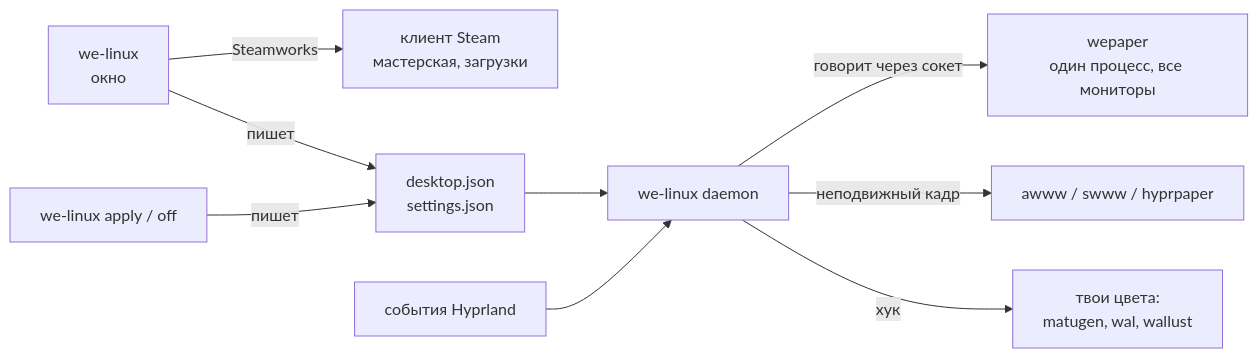
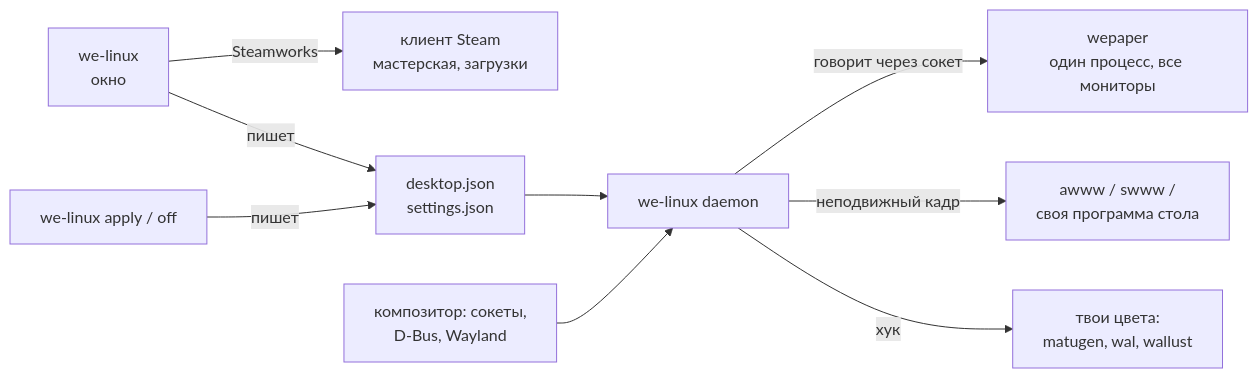
One commit to MoonTiwzy/we-linux changed the diagram in README.ru.md. Above: the diagram before and after it, drawn with Mermaid. The commit also changed other lines of this file and 51 other files, not shown here.

````diff
--- a/README.ru.md
+++ b/README.ru.md
@@ -263,11 +310,11 @@
 ```mermaid
 flowchart LR
     W["we-linux<br>окно"] -- Steamworks --> S["клиент Steam<br>мастерская, загрузки"]
     W -- пишет --> F["desktop.json<br>settings.json"]
     C["we-linux apply / off"] -- пишет --> F
     F --> D["we-linux daemon"]
-    H["события Hyprland"] --> D
+    H["композитор: сокеты,<br>D-Bus, Wayland"] --> D
     D -- "говорит через сокет" --> P["wepaper<br>один процесс, все мониторы"]
-    D -- неподвижный кадр --> A["awww / swww / hyprpaper"]
+    D -- неподвижный кадр --> A["awww / swww /<br>своя программа стола"]
     D -- хук --> X["твои цвета:<br>matugen, wal, wallust"]
 ```
````
